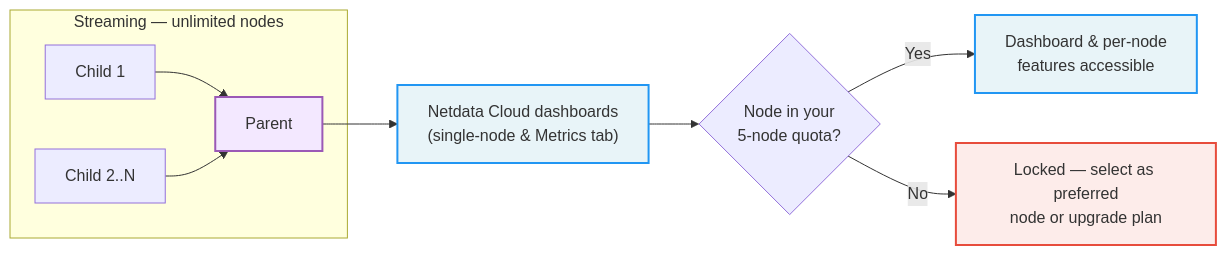
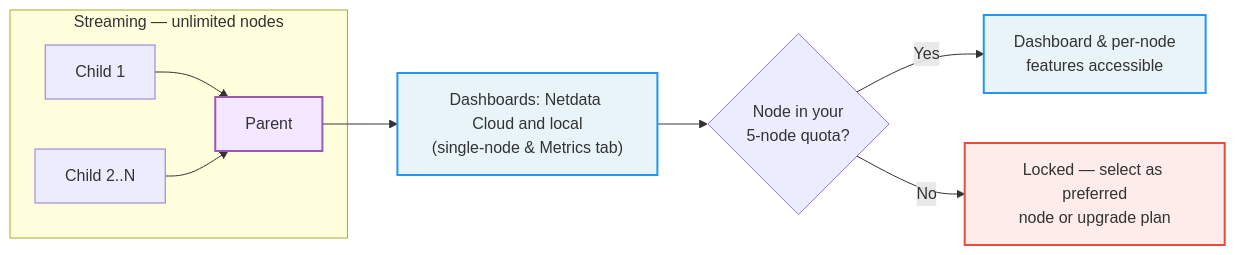
One commit to netdata/netdata changed the diagram in docs/netdata-oss-limitations.md. Above: the diagram before and after it, drawn with Mermaid. The commit also changed other lines of this file and 2 other files, not shown here.

````diff
--- a/docs/netdata-oss-limitations.md
+++ b/docs/netdata-oss-limitations.md
@@ -136,17 +132,17 @@
 ```mermaid
 flowchart LR
     subgraph S["Streaming — unlimited nodes"]
         C1["Child 1"] --> P["Parent"]
         CN["Child 2..N"] --> P
     end
-    P --> D["Netdata Cloud dashboards<br/>(single-node & Metrics tab)"]
+    P --> D["Dashboards: Netdata Cloud and local<br/>(single-node & Metrics tab)"]
     D --> Q{"Node in your<br/>5-node quota?"}
     Q -->|Yes| V["Dashboard & per-node<br/>features accessible"]
     Q -->|No| L["Locked — select as preferred<br/>node or upgrade plan"]
     classDef parent fill:#f3e8ff,stroke:#9b59b6,stroke-width:2px
     classDef dash fill:#e8f4f8,stroke:#2196F3,stroke-width:2px
     classDef locked fill:#fdecea,stroke:#e74c3c,stroke-width:2px
     class P parent
     class D,V dash
     class L locked
 ```
````
